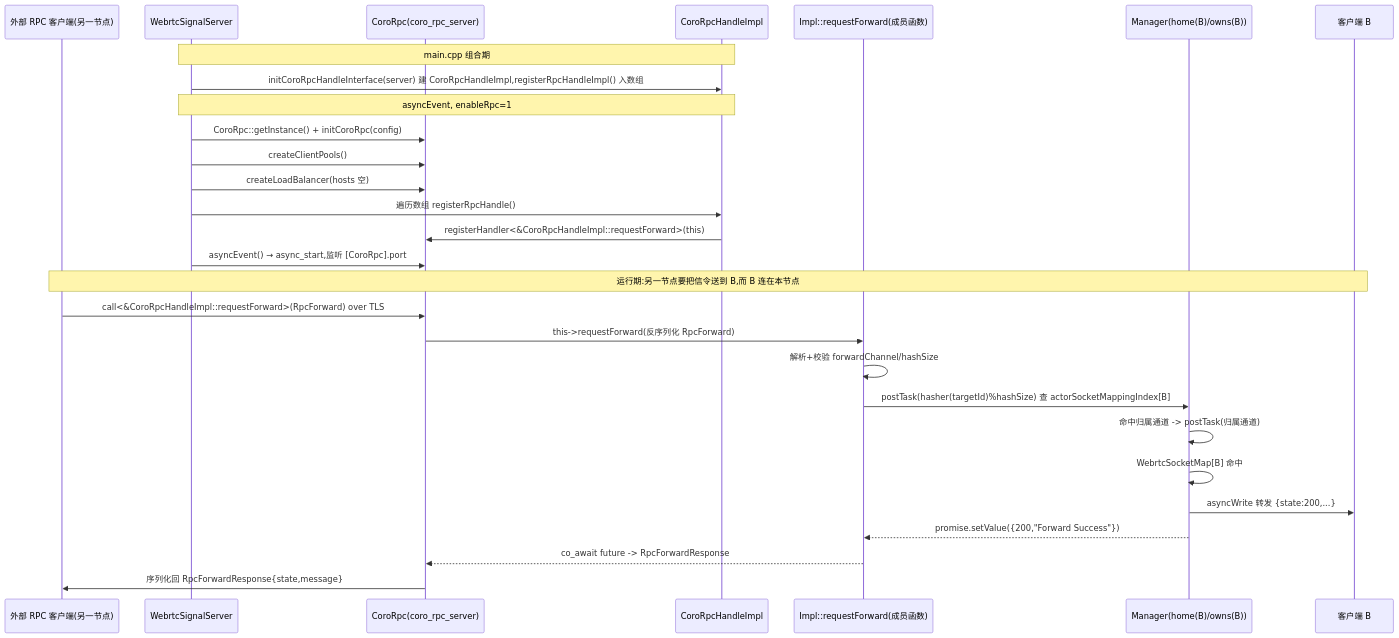
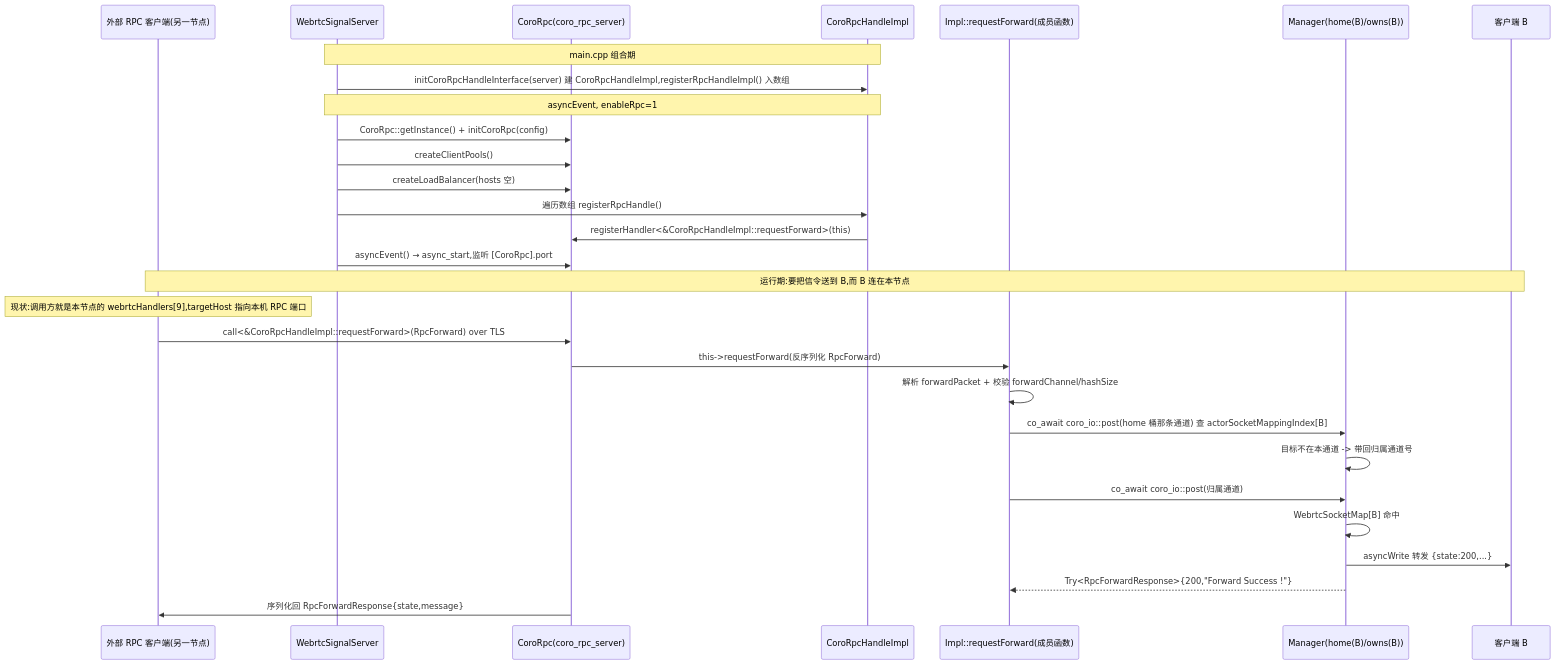
The fifth of 5 diagrams in WebrtcSignalServer.md (HopeTiga/HopeDesk), drawn with Mermaid before and after one commit. The commit also changed other lines of this file, not shown here.

````diff
--- a/WebrtcSignalServer.md
+++ b/WebrtcSignalServer.md
@@ -671,30 +676,31 @@
 ```mermaid
 sequenceDiagram
   participant Cli as 外部 RPC 客户端(另一节点)
   participant Srv as WebrtcSignalServer
   participant Rpc as CoroRpc(coro_rpc_server)
   participant Impl as CoroRpcHandleImpl
   participant Fn as Impl::requestForward(成员函数)
   participant Mb as Manager(home(B)/owns(B))
   participant B as 客户端 B
   Note over Srv,Impl: main.cpp 组合期
   Srv->>Impl: initCoroRpcHandleInterface(server) 建 CoroRpcHandleImpl,registerRpcHandleImpl() 入数组
   Note over Srv,Impl: asyncEvent, enableRpc=1
   Srv->>Rpc: CoroRpc::getInstance() + initCoroRpc(config)
   Srv->>Rpc: createClientPools()
   Srv->>Rpc: createLoadBalancer(hosts 空)
   Srv->>Impl: 遍历数组 registerRpcHandle()
   Impl->>Rpc: registerHandler<&CoroRpcHandleImpl::requestForward>(this)
   Srv->>Rpc: asyncEvent() → async_start,监听 [CoroRpc].port
-  Note over Cli,B: 运行期:另一节点要把信令送到 B,而 B 连在本节点
+  Note over Cli,B: 运行期:要把信令送到 B,而 B 连在本节点
+  Note over Cli: 现状:调用方就是本节点的 webrtcHandlers[9],targetHost 指向本机 RPC 端口
   Cli->>Rpc: call<&CoroRpcHandleImpl::requestForward>(RpcForward) over TLS
   Rpc->>Fn: this->requestForward(反序列化 RpcForward)
-  Fn->>Fn: 解析+校验 forwardChannel/hashSize
-  Fn->>Mb: postTask(hasher(targetId)%hashSize) 查 actorSocketMappingIndex[B]
-  Mb->>Mb: 命中归属通道 -> postTask(归属通道)
+  Fn->>Fn: 解析 forwardPacket + 校验 forwardChannel/hashSize
+  Fn->>Mb: co_await coro_io::post(home 桶那条通道) 查 actorSocketMappingIndex[B]
+  Mb->>Mb: 目标不在本通道 -> 带回归属通道号
+  Fn->>Mb: co_await coro_io::post(归属通道)
   Mb->>Mb: WebrtcSocketMap[B] 命中
   Mb->>B: asyncWrite 转发 {state:200,...}
-  Mb-->>Fn: promise.setValue({200,"Forward Success"})
-  Fn-->>Rpc: co_await future -> RpcForwardResponse
+  Mb-->>Fn: Try<RpcForwardResponse>{200,"Forward Success !"}
   Rpc->>Cli: 序列化回 RpcForwardResponse{state,message}
 ```
````
